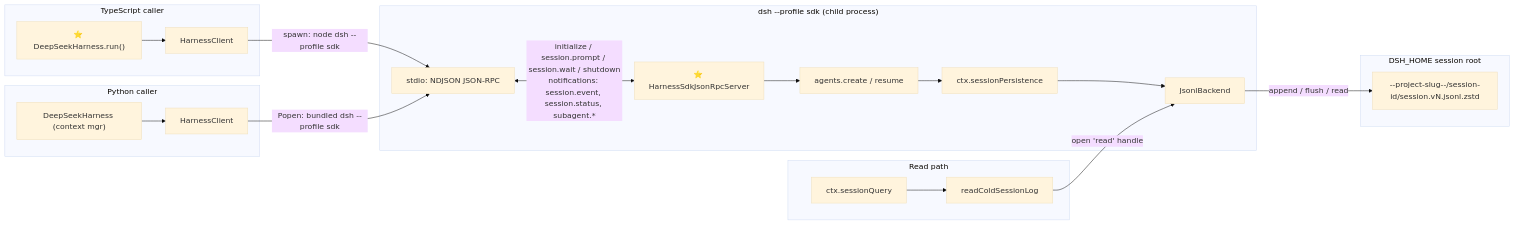
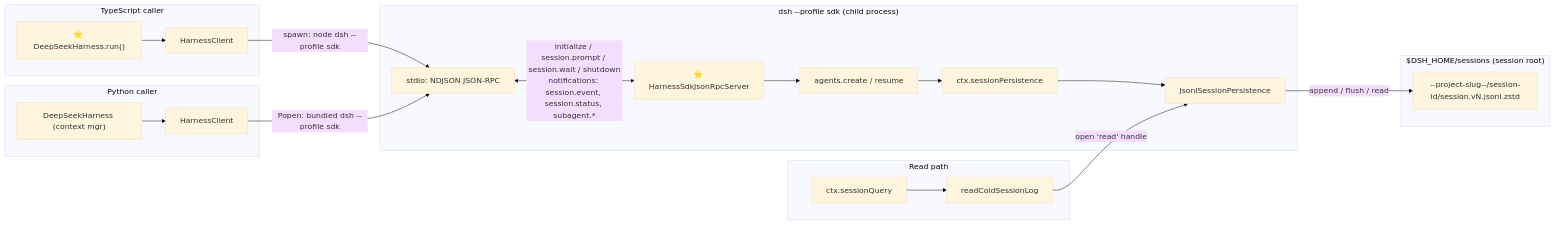
The eighth of 11 diagrams in study.md (objectMaker/deepseek-harness), drawn with Mermaid (base theme) before and after one commit. The commit also changed other lines of this file, not shown here.

````diff
--- a/study.md
+++ b/study.md
@@ -2182,30 +2218,30 @@
 ```mermaid
 flowchart LR
     subgraph TS["TypeScript caller"]
         DH["⭐ DeepSeekHarness.run()"]
         HC["HarnessClient"]
     end
     subgraph PY["Python caller"]
         PH["DeepSeekHarness (context mgr)"]
         PC["HarnessClient"]
     end
     subgraph RT["dsh --profile sdk (child process)"]
         TR["stdio: NDJSON JSON-RPC"]
         SV["⭐ HarnessSdkJsonRpcServer"]
         AG["agents.create / resume"]
         SP["ctx.sessionPersistence"]
-        BE["JsonlBackend"]
+        BE["JsonlSessionPersistence"]
     end
-    subgraph DISK["DSH_HOME session root"]
+    subgraph DISK["$DSH_HOME/sessions (session root)"]
         F["--project-slug--/session-id/session.vN.jsonl.zstd"]
     end
     subgraph Q["Read path"]
         SQ["ctx.sessionQuery"]
         CR["readColdSessionLog"]
     end
     DH --> HC -->|spawn: node dsh --profile sdk| TR
     PH --> PC -->|Popen: bundled dsh --profile sdk| TR
     TR <-->|initialize / session.prompt / session.wait / shutdown<br/>notifications: session.event, session.status, subagent.*| SV
     SV --> AG --> SP --> BE -->|append / flush / read| F
     SQ --> CR -->|open 'read' handle| BE
 ```
````
